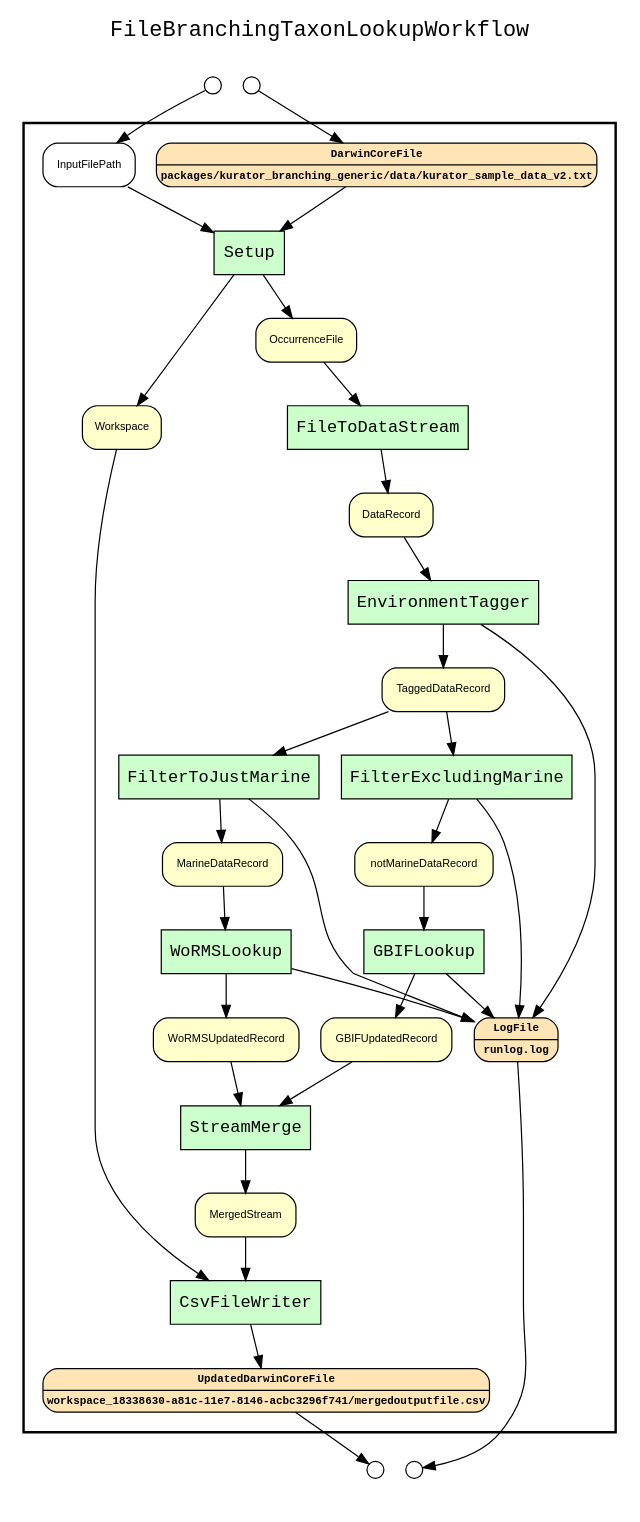
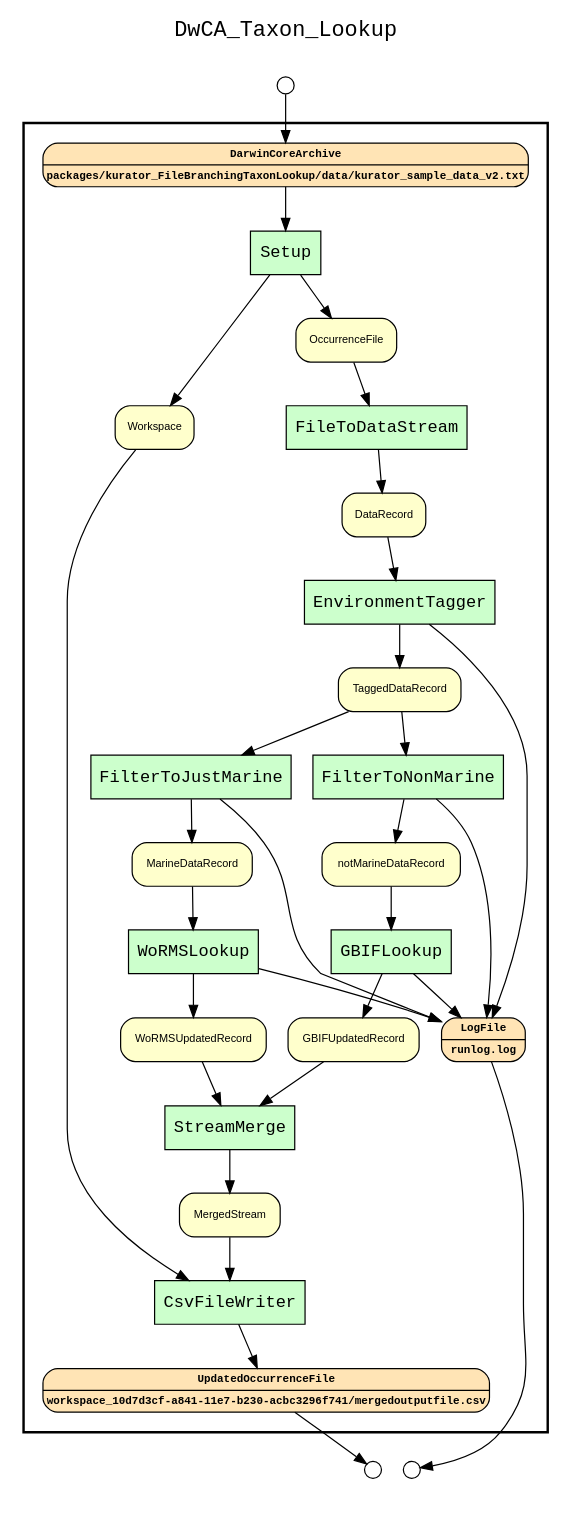
Before and after one commit to kurator-org/kurator-TDWG17-YW: the diagram in kurator_FileBranchingTaxonLookup/workflows/results/wf_recon_complete_graph_all_observables.gv, drawn with Graphviz. The commit also changed 68 other files, not shown here.

```diff
--- a/kurator_FileBranchingTaxonLookup/workflows/results/wf_recon_complete_graph_all_observables.gv
+++ b/kurator_FileBranchingTaxonLookup/workflows/results/wf_recon_complete_graph_all_observables.gv
@@ -1,80 +1,76 @@
 
 digraph yw_data_view {
 rankdir=TB
 fontname=Courier; fontsize=18; labelloc=t
-label="FileBranchingTaxonLookupWorkflow"
+label="DwCA_Taxon_Lookup"
 subgraph cluster_workflow { label=""; color=black; penwidth=2
 subgraph cluster_workflow_inner { label=""; color=white
 node[shape=box style="filled" fillcolor="#CCFFCC" peripheries=1 fontname=Courier]
 Setup
 FileToDataStream
 EnvironmentTagger
 FilterToJustMarine
-FilterExcludingMarine
+FilterToNonMarine
 WoRMSLookup
 GBIFLookup
 StreamMerge
 CsvFileWriter
 node[shape=box style="filled" fillcolor="#CCFFCC" peripheries=1 fontname=Courier]
 node[shape=box style="rounded,filled" fillcolor="#FFE4B5" peripheries=1 fontname="Courier-Bold" fontsize=9]
-DarwinCoreFile[shape=record rankdir=LR label="{<f0> DarwinCoreFile |<f1>packages/kurator_branching_generic/data/kurator_sample_data_v2.txt\n}"]
+DarwinCoreArchive[shape=record rankdir=LR label="{<f0> DarwinCoreArchive |<f1>packages/kurator_FileBranchingTaxonLookup/data/kurator_sample_data_v2.txt\n}"]
 node[shape=box style="rounded,filled" fillcolor="#FFFFCC" peripheries=1 fontname=Helvetica]
 Workspace
 OccurrenceFile
 DataRecord
 TaggedDataRecord
 MarineDataRecord
 notMarineDataRecord
 WoRMSUpdatedRecord
 GBIFUpdatedRecord
 MergedStream
 node[shape=box style="rounded,filled" fillcolor="#FFE4B5" peripheries=1 fontname="Courier-Bold" fontsize=9]
 LogFile[shape=record rankdir=LR label="{<f0> LogFile |<f1>runlog.log\n}"]
-UpdatedDarwinCoreFile[shape=record rankdir=LR label="{<f0> UpdatedDarwinCoreFile |<f1>workspace_18338630-a81c-11e7-8146-acbc3296f741/mergedoutputfile.csv\n}"]
+UpdatedOccurrenceFile[shape=record rankdir=LR label="{<f0> UpdatedOccurrenceFile |<f1>workspace_10d7d3cf-a841-11e7-b230-acbc3296f741/mergedoutputfile.csv\n}"]
 node[shape=box style="rounded,filled" fillcolor="#FFFFFF" peripheries=1 fontname=Helvetica]
-InputFilePath
 }}
 subgraph cluster_inflows { label=""; color=white; penwidth=2
 subgraph cluster_inflows_inner { label=""; color=white
 node[shape=circle fillcolor="#FFFFFF" peripheries=1 width=0.2]
-DarwinCoreFile_inflow [label=""]
-InputFilePath_inflow [label=""]
+DarwinCoreArchive_inflow [label=""]
 }}
 subgraph cluster_outflows { label=""; color=white; penwidth=2
 subgraph cluster_outflows_inner { label=""; color=white
 node[shape=circle fillcolor="#FFFFFF" peripheries=1 width=0.2]
 LogFile_outflow [label=""]
-UpdatedDarwinCoreFile_outflow [label=""]
+UpdatedOccurrenceFile_outflow [label=""]
 }}
-InputFilePath -> Setup
-DarwinCoreFile -> Setup
+DarwinCoreArchive -> Setup
 Workspace -> CsvFileWriter
 OccurrenceFile -> FileToDataStream
 DataRecord -> EnvironmentTagger
 TaggedDataRecord -> FilterToJustMarine
-TaggedDataRecord -> FilterExcludingMarine
+TaggedDataRecord -> FilterToNonMarine
 MarineDataRecord -> WoRMSLookup
 notMarineDataRecord -> GBIFLookup
 WoRMSUpdatedRecord -> StreamMerge
 GBIFUpdatedRecord -> StreamMerge
 MergedStream -> CsvFileWriter
 Setup -> Workspace
 Setup -> OccurrenceFile
 FileToDataStream -> DataRecord
 EnvironmentTagger -> LogFile
 EnvironmentTagger -> TaggedDataRecord
 FilterToJustMarine -> LogFile
 FilterToJustMarine -> MarineDataRecord
-FilterExcludingMarine -> LogFile
-FilterExcludingMarine -> notMarineDataRecord
+FilterToNonMarine -> LogFile
+FilterToNonMarine -> notMarineDataRecord
 WoRMSLookup -> LogFile
 WoRMSLookup -> WoRMSUpdatedRecord
 GBIFLookup -> LogFile
 GBIFLookup -> GBIFUpdatedRecord
 StreamMerge -> MergedStream
-CsvFileWriter -> UpdatedDarwinCoreFile
-DarwinCoreFile_inflow -> DarwinCoreFile
-InputFilePath_inflow -> InputFilePath
+CsvFileWriter -> UpdatedOccurrenceFile
+DarwinCoreArchive_inflow -> DarwinCoreArchive
 LogFile -> LogFile_outflow
-UpdatedDarwinCoreFile -> UpdatedDarwinCoreFile_outflow
+UpdatedOccurrenceFile -> UpdatedOccurrenceFile_outflow
 }
```
